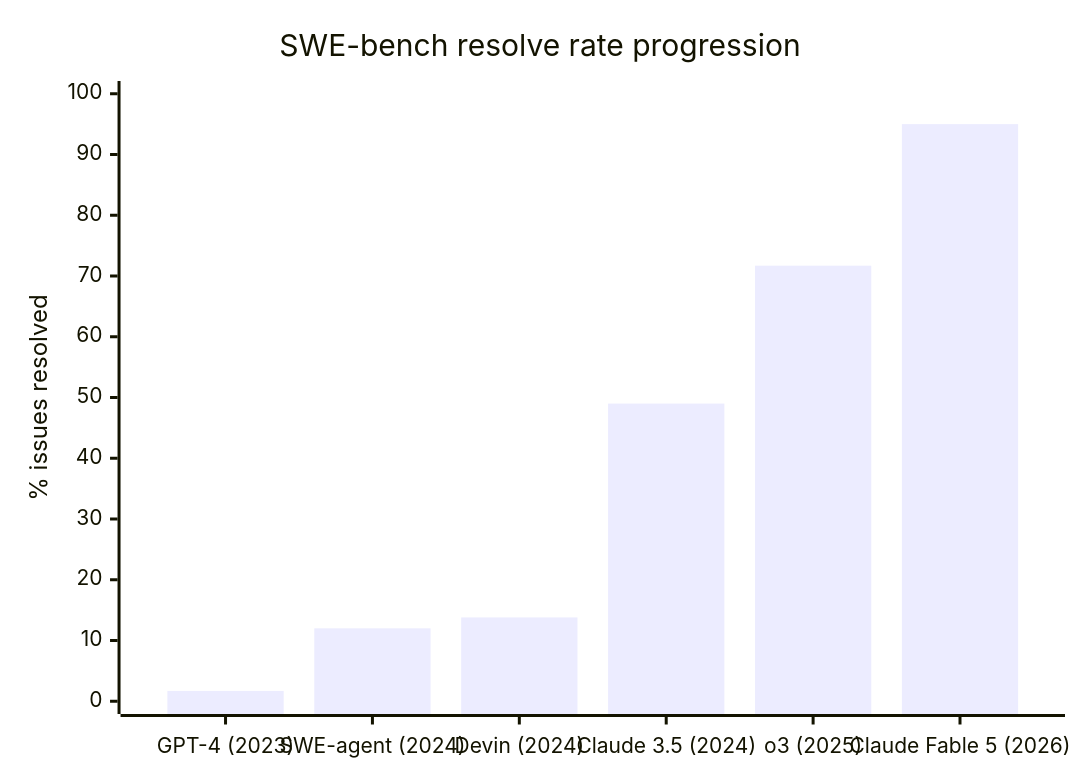
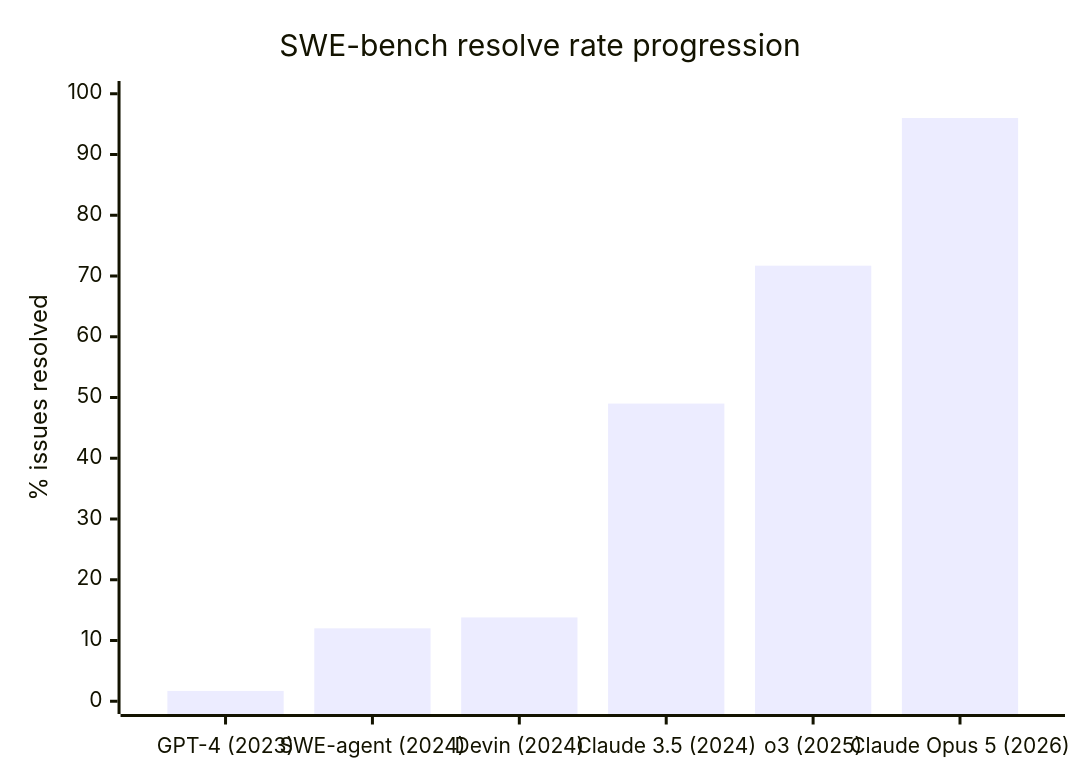
The fourth of 4 diagrams in src/main/java/com/rutik/systemdesign/llm/code_generation/code_generation.md (rppol/system-design), drawn with Mermaid before and after one commit. The commit also changed other lines of this file and 26 other files, not shown here.

````diff
--- a/src/main/java/com/rutik/systemdesign/llm/code_generation/code_generation.md
+++ b/src/main/java/com/rutik/systemdesign/llm/code_generation/code_generation.md
@@ -367,7 +367,7 @@
 ```mermaid
 xychart-beta
     title "SWE-bench resolve rate progression"
-    x-axis ["GPT-4 (2023)", "SWE-agent (2024)", "Devin (2024)", "Claude 3.5 (2024)", "o3 (2025)", "Claude Fable 5 (2026)"]
+    x-axis ["GPT-4 (2023)", "SWE-agent (2024)", "Devin (2024)", "Claude 3.5 (2024)", "o3 (2025)", "Claude Opus 5 (2026)"]
     y-axis "% issues resolved" 0 --> 100
-    bar [1.7, 12, 13.8, 49, 71.7, 95.0]
+    bar [1.7, 12, 13.8, 49, 71.7, 96.0]
 ```
````
